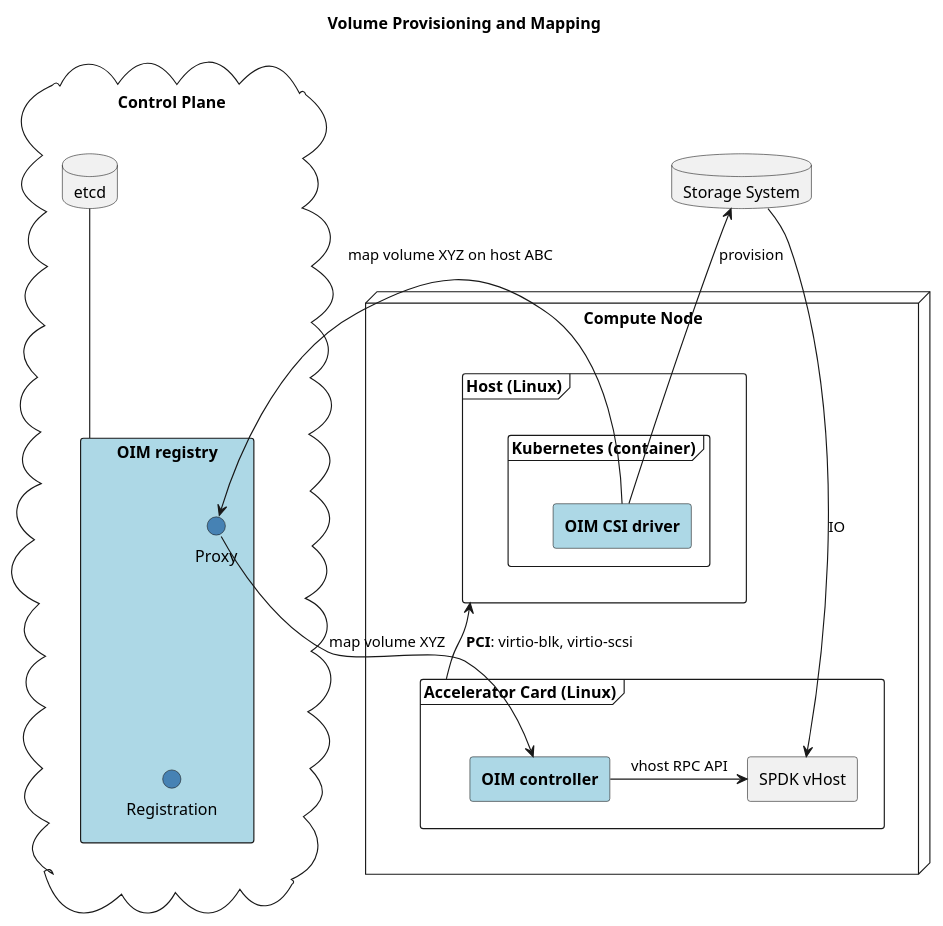
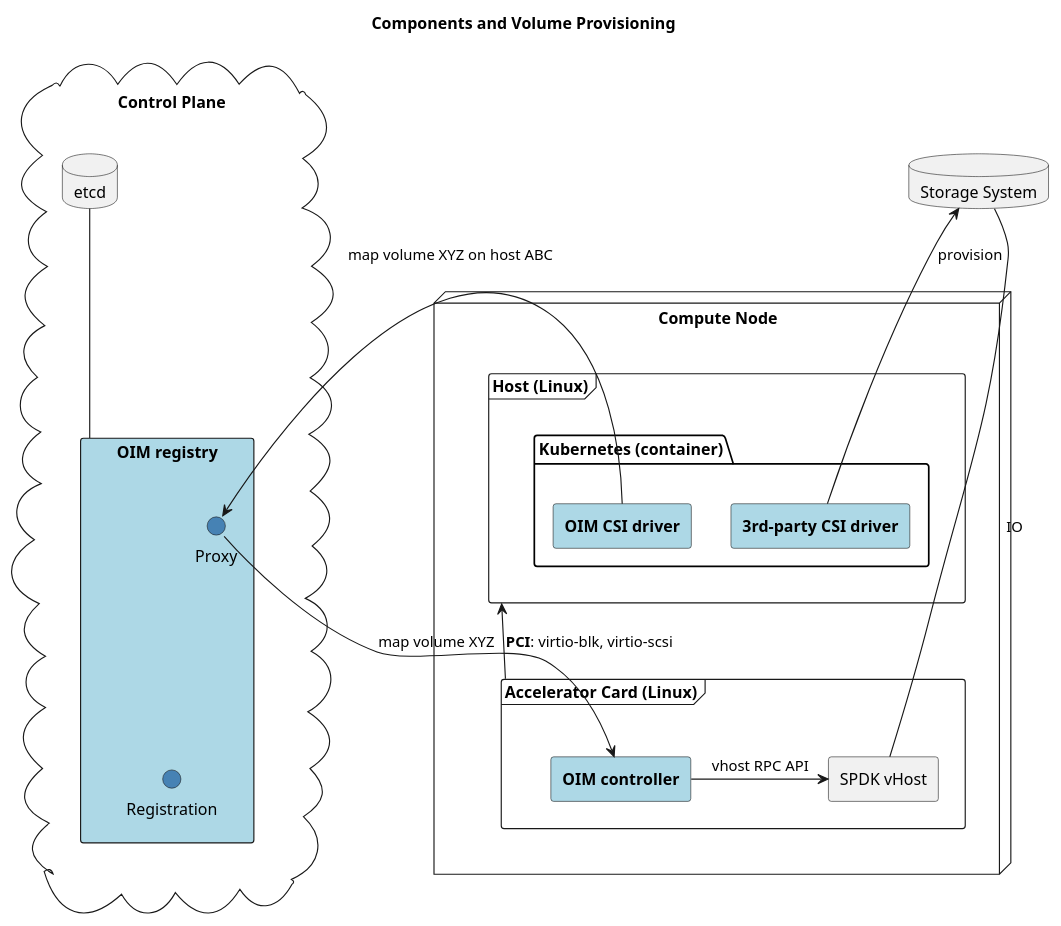
One commit to intel/oim changed the diagram in doc/overview.puml. Above: the diagram before and after it, drawn with PlantUML. The commit also changed 4 other files, not shown here.

First line of the commit message:
doc: sequence diagram for volume provisioning

```diff
--- a/doc/overview.puml
+++ b/doc/overview.puml
@@ -1,48 +1,50 @@
 @startuml
 
 'left to right direction
 
-title Volume Provisioning and Mapping
+title Components and Volume Provisioning
 
 node "Compute Node" as computenode {
     frame "Host (Linux)" as host {
-        frame "Kubernetes (container)" {
-            rectangle "**OIM CSI driver**" as driver #LightBlue
+        package "Kubernetes (container)" {
+            rectangle "**OIM CSI driver**" as oimdriver #LightBlue
+            rectangle "**3rd-party CSI driver**" as otherdriver #LightBlue
+            oimdriver -[hidden]> otherdriver
         }
     }
 
     frame "Accelerator Card (Linux)" as card {
         rectangle "SPDK vHost" as spdk
         rectangle "**OIM controller**" as controller #LightBlue {
 
         }
 
         spdk <- controller : vhost RPC API
     }
 
     host <-- card : **PCI**: virtio-blk, virtio-scsi
 }
 
 cloud "Control Plane" as controlplane {
     database etcd
 
     rectangle "OIM registry" as registry #LightBlue {
         interface Proxy #SteelBlue
         interface Registration #SteelBlue
         Proxy -[hidden]-> Registration
     }
 
     etcd -- registry
 }
 
-Proxy <- driver : map volume XYZ on host ABC
+Proxy <- oimdriver : map volume XYZ on host ABC
 Proxy -> controller : map volume XYZ
 
 controlplane -[hidden]> computenode
 
 database "Storage System" as storage
 
-storage <-- driver : provision
-storage --> spdk : IO
+storage <-- otherdriver : provision
+storage -- spdk : IO
 
 @enduml
```
